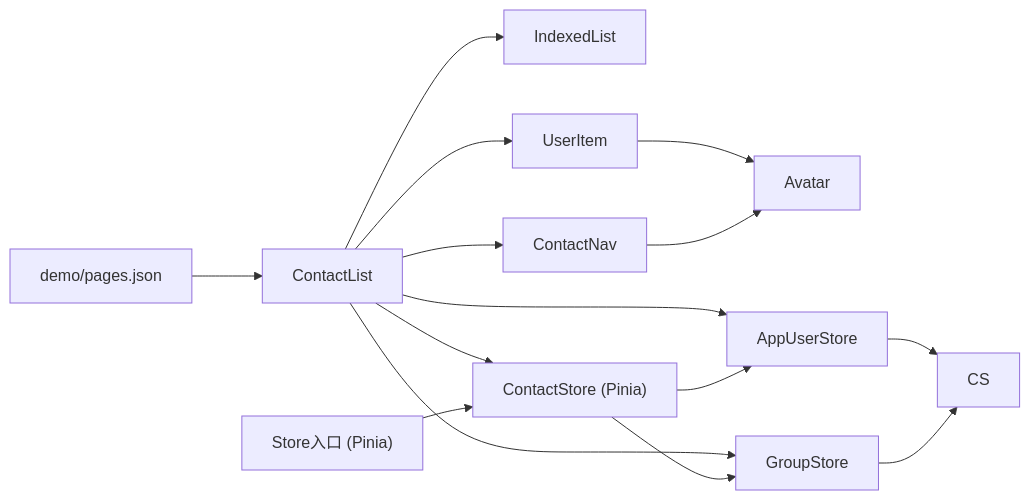
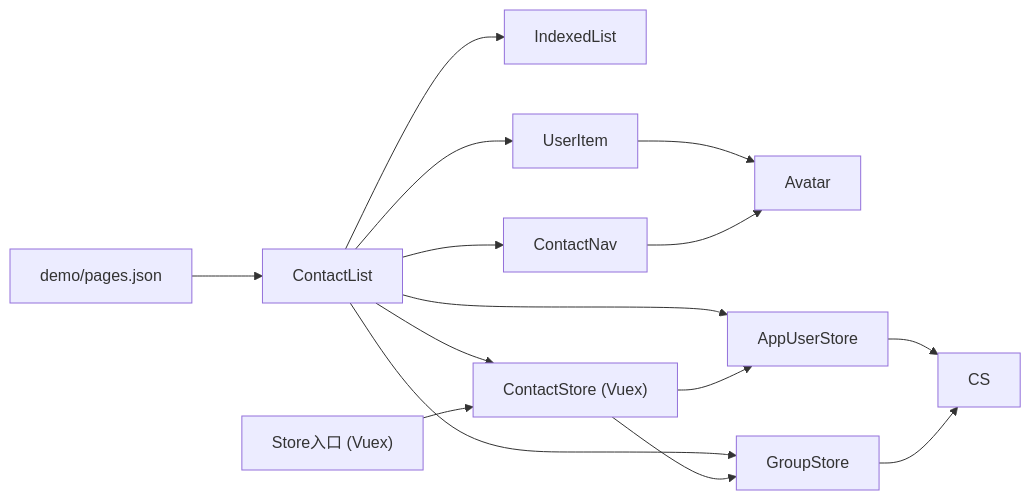
Before and after one commit to Easemob-Community/easemob-uikit-uniapp-community: the fourth of 4 diagrams in .qoder/repowiki/zh/content/联系人模块/联系人模块.md, drawn with Mermaid. The commit also changed other lines of this file and 14 other files, not shown here.

````diff
--- a/.qoder/repowiki/zh/content/联系人模块/联系人模块.md
+++ b/.qoder/repowiki/zh/content/联系人模块/联系人模块.md
@@ -440,17 +434,17 @@
 ```mermaid
 graph LR
 CL["ContactList"] --> IL["IndexedList"]
 CL --> UI["UserItem"]
 UI --> AV["Avatar"]
 CL --> CN["ContactNav"]
 CN --> AV
-CL --> CST["ContactStore (Pinia)"]
+CL --> CST["ContactStore (Vuex)"]
 CL --> AS["AppUserStore"]
 CL --> GS["GroupStore"]
 CST --> AS
 CST --> GS
 AS --> CS
 GS --> CS
-SEI["Store入口 (Pinia)"] --> CST
+SEI["Store入口 (Vuex)"] --> CST
 DP["demo/pages.json"] --> CL
 ```
````
